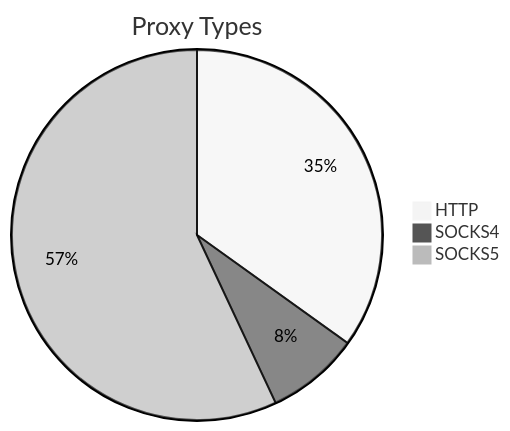
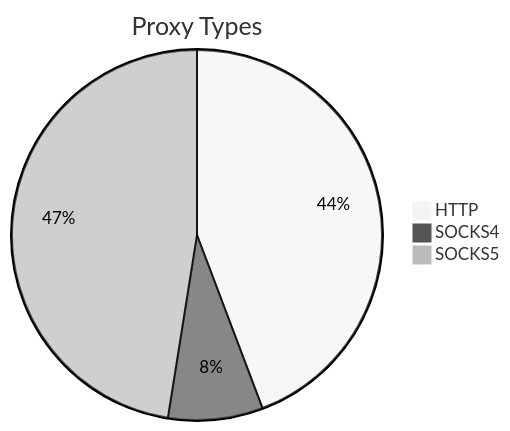
The first of 2 diagrams in README.md (stormsia/proxy-list), drawn with Mermaid (neutral theme) before and after one commit. The commit also changed other lines of this file, not shown here.

````diff
--- a/README.md
+++ b/README.md
@@ -21,6 +21,6 @@
 ```mermaid
 pie title Proxy Types
-    "HTTP" : 318
-    "SOCKS4" : 74
-    "SOCKS5" : 519
+    "HTTP" : 273
+    "SOCKS4" : 51
+    "SOCKS5" : 293
 ```
````
